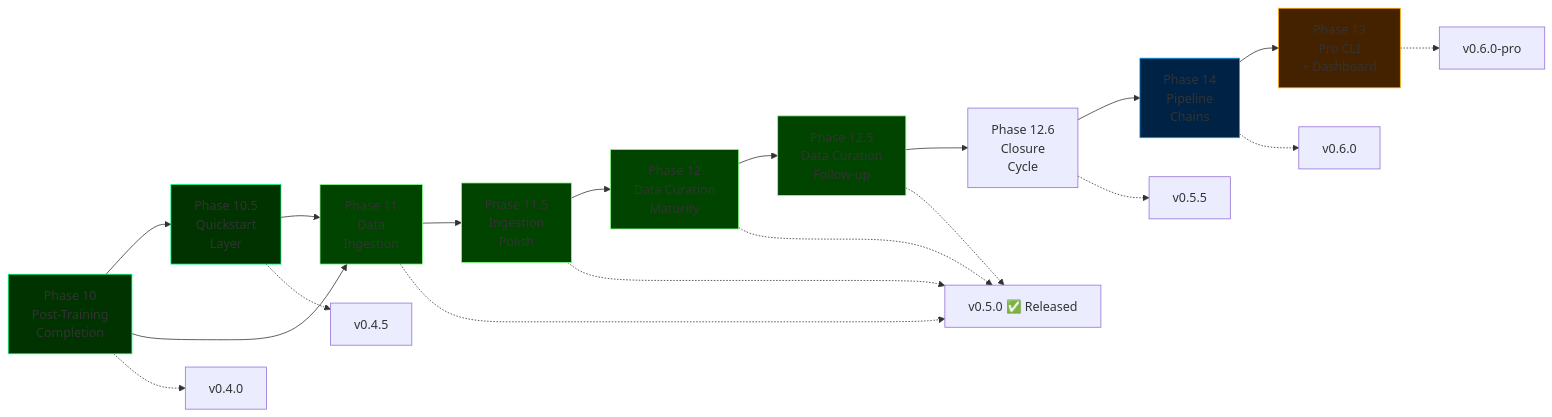
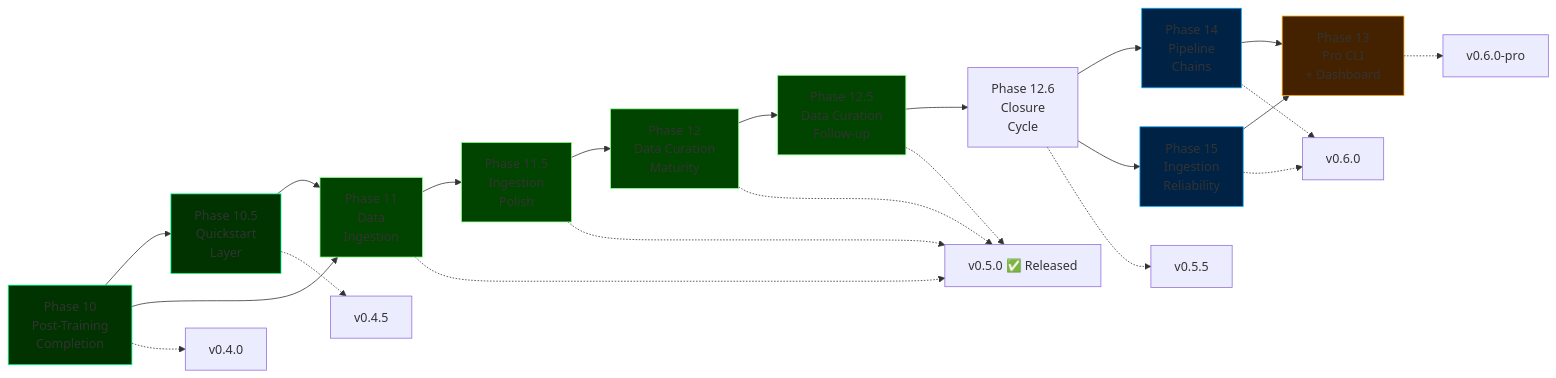
The diagram in docs/roadmap.md (cemililik/ForgeLM), drawn with Mermaid before and after one commit. The commit also changed other lines of this file and 2 other files, not shown here.

Commit message:
feat(roadmap): add Phase 15 — Ingestion Pipeline Reliability details and tasks

````diff
--- a/docs/roadmap.md
+++ b/docs/roadmap.md
@@ -42,31 +43,35 @@
 ```mermaid
 graph LR
     P10[Phase 10<br/>Post-Training<br/>Completion] --> P105[Phase 10.5<br/>Quickstart<br/>Layer]
     P10 --> P11[Phase 11<br/>Data<br/>Ingestion]
     P105 --> P11
     P11 --> P115[Phase 11.5<br/>Ingestion<br/>Polish]
     P115 --> P12[Phase 12<br/>Data Curation<br/>Maturity]
     P12 --> P125[Phase 12.5<br/>Data Curation<br/>Follow-up]
     P125 --> P126[Phase 12.6<br/>Closure<br/>Cycle]
     P126 --> P14[Phase 14<br/>Pipeline<br/>Chains]
+    P126 --> P15[Phase 15<br/>Ingestion<br/>Reliability]
     P14 --> P13[Phase 13<br/>Pro CLI<br/>+ Dashboard]
+    P15 --> P13
 
     P10 -.-> V1[v0.4.0]
     P105 -.-> V15[v0.4.5]
     P11 -.-> V2[v0.5.0 ✅ Released]
     P115 -.-> V2
     P12 -.-> V2
     P125 -.-> V2
     P126 -.-> V25[v0.5.5]
     P14 -.-> V23[v0.6.0]
+    P15 -.-> V23
     P13 -.-> V3[v0.6.0-pro]
 
     style P10 fill:#003300,stroke:#00ff88
     style P105 fill:#003300,stroke:#00ff88
     style P11 fill:#004400,stroke:#88ff88
     style P115 fill:#004400,stroke:#88ff88
     style P12 fill:#004400,stroke:#88ff88
     style P125 fill:#004400,stroke:#88ff88
     style P14 fill:#002244,stroke:#00aaff
+    style P15 fill:#002244,stroke:#00aaff
     style P13 fill:#442200,stroke:#ffaa00
 ```
````
